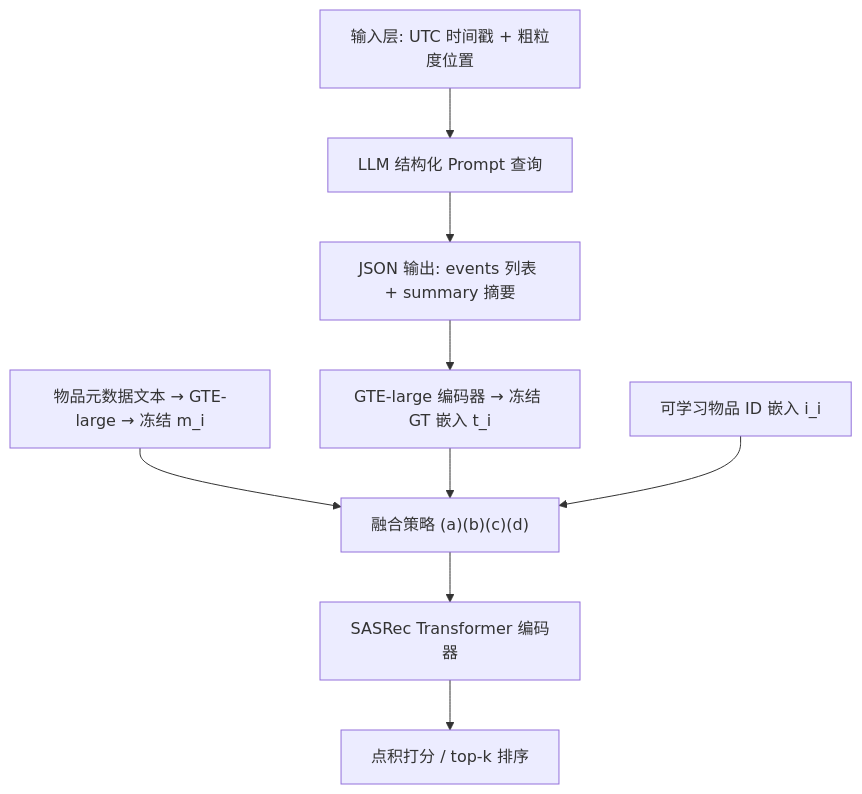
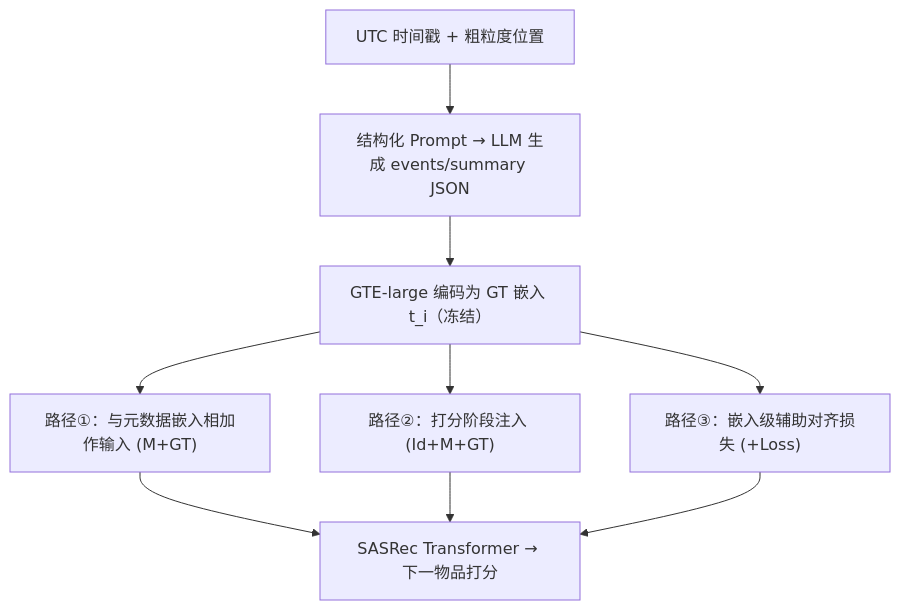
The diagram in docs/venues/SIGIR/2026/sequential_rec/from_time_and_place_to_preference_llm_driven_geo_temporal_context_in_recomm.md (jbdcia321vw/Paper-Notes), drawn with Mermaid before and after one commit. The commit also changed other lines of this file and 1119 other files, not shown here.

````diff
--- a/docs/venues/SIGIR/2026/sequential_rec/from_time_and_place_to_preference_llm_driven_geo_temporal_context_in_recomm.md
+++ b/docs/venues/SIGIR/2026/sequential_rec/from_time_and_place_to_preference_llm_driven_geo_temporal_context_in_recomm.md
@@ -59,11 +46,11 @@
 ```mermaid
 flowchart TD
-    A["输入层: UTC 时间戳 + 粗粒度位置"] --> B["LLM 结构化 Prompt 查询"]
-    B --> C["JSON 输出: events 列表 + summary 摘要"]
-    C --> D["GTE-large 编码器 → 冻结 GT 嵌入 t_i"]
-    E["物品元数据文本 → GTE-large → 冻结 m_i"] --> F["融合策略 (a)(b)(c)(d)"]
-    D --> F
-    G["可学习物品 ID 嵌入 i_i"] --> F
-    F --> H["SASRec Transformer 编码器"]
-    H --> I["点积打分 / top-k 排序"]
+    A["UTC 时间戳 + 粗粒度位置"] --> B["结构化 Prompt → LLM 生成 events/summary JSON"]
+    B --> C["GTE-large 编码为 GT 嵌入 t_i（冻结）"]
+    C --> D1["路径①：与元数据嵌入相加作输入 (M+GT)"]
+    C --> D2["路径②：打分阶段注入 (Id+M+GT)"]
+    C --> D3["路径③：嵌入级辅助对齐损失 (+Loss)"]
+    D1 --> E["SASRec Transformer → 下一物品打分"]
+    D2 --> E
+    D3 --> E
 ```
````
